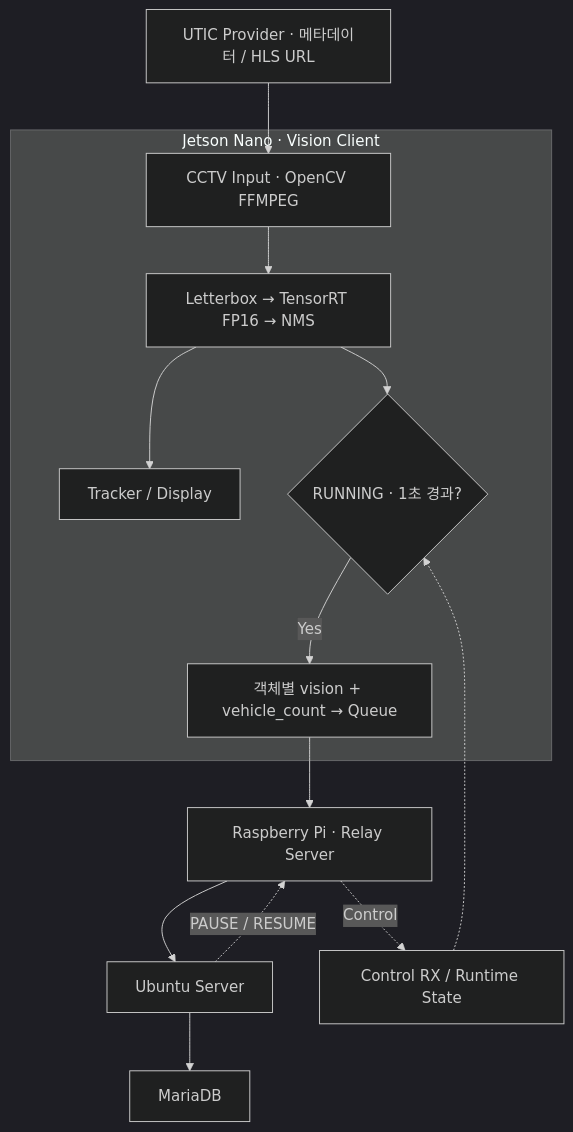
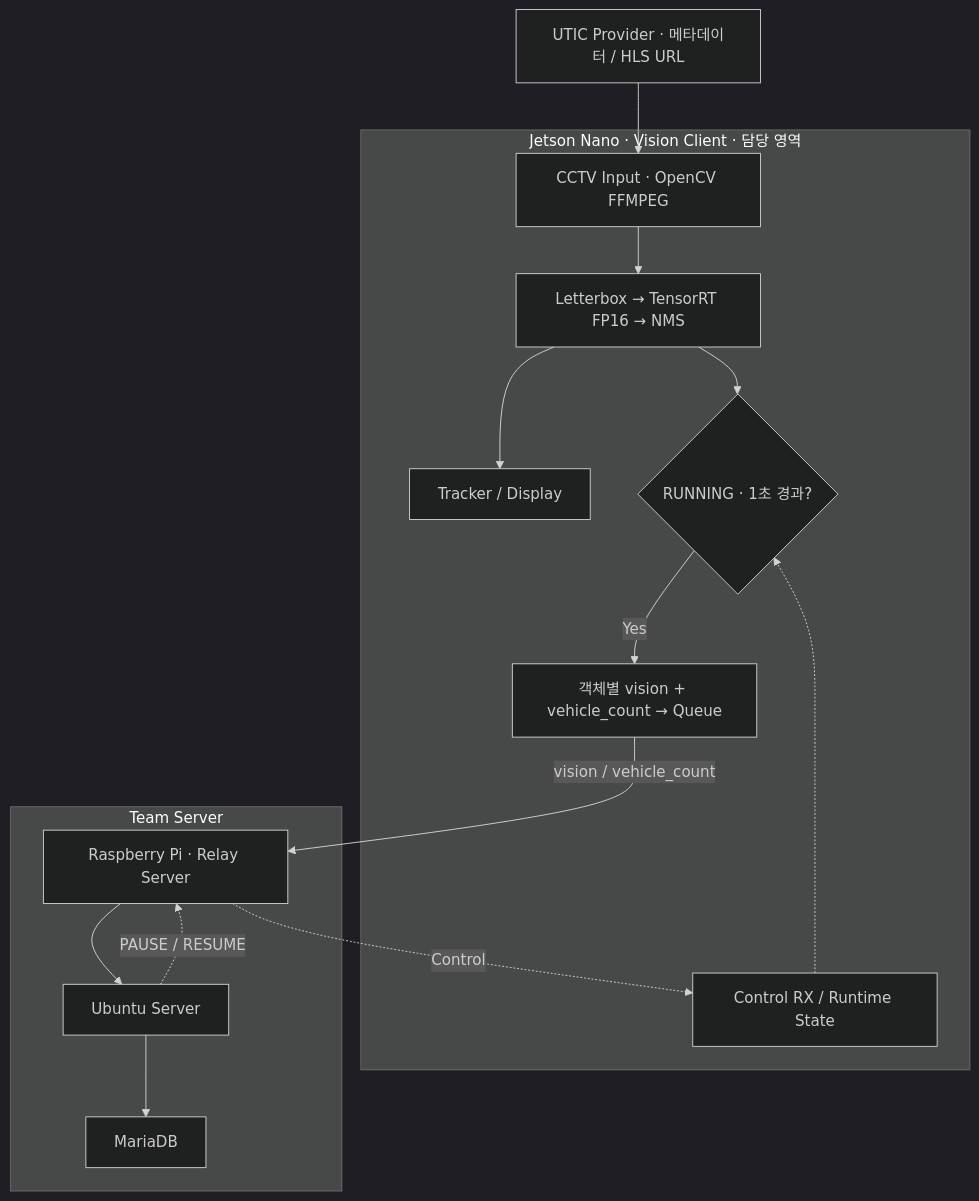
Before and after one commit to triton0305/jetson-traffic-cctv-vision: the diagram in README.md, drawn with Mermaid (dark theme). The commit also changed other lines of this file, not shown here.

Commit message:
Revise flowchart and project description in README
Updated flowchart and project scope details in README.

````diff
--- a/README.md
+++ b/README.md
@@ -80,19 +80,21 @@
 ```mermaid
 flowchart TD
     A["UTIC Provider · 메타데이터 / HLS URL"] --> B["CCTV Input · OpenCV FFMPEG"]
 
-    subgraph V["Jetson Nano · Vision Client"]
+    subgraph J["Jetson Nano · Vision Client · 담당 영역"]
         B --> C["Letterbox → TensorRT FP16 → NMS"]
         C --> D["Tracker / Display"]
         C --> E{"RUNNING · 1초 경과?"}
         E -->|Yes| F["객체별 vision + vehicle_count → Queue"]
+        H["Control RX / Runtime State"] -.-> E
     end
 
-    F --> G["Raspberry Pi · Relay Server"]
-    G --> U["Ubuntu Server"]
-    U --> M["MariaDB"]
+    subgraph S["Team Server"]
+        G["Raspberry Pi · Relay Server"] --> U["Ubuntu Server"]
+        U --> M["MariaDB"]
+    end
 
+    F -->|vision / vehicle_count| G
     U -.->|PAUSE / RESUME| G
-    G -.->|Control| H["Control RX / Runtime State"]
-    H -.-> E
+    G -.->|Control| H
 ```
````
